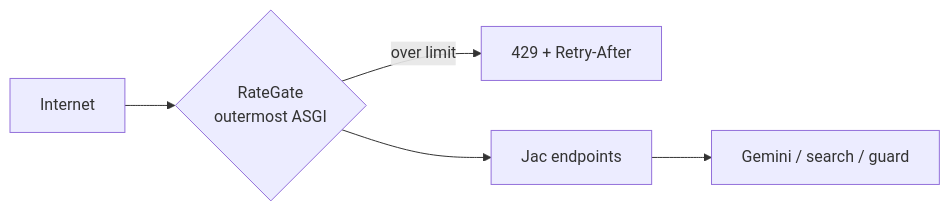
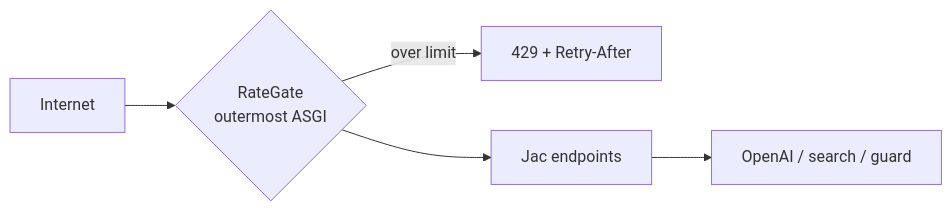
Before and after one commit to aharalam/latch-browse: the fifth of 6 diagrams in README.md, drawn with Mermaid. The commit also changed other lines of this file and 20 other files, not shown here.

````diff
--- a/README.md
+++ b/README.md
@@ -97,6 +97,6 @@
 ```mermaid
 flowchart LR
   I[Internet] --> G{RateGate\noutermost ASGI}
   G -- over limit --> R[429 + Retry-After]
-  G --> J[Jac endpoints] --> E[Gemini / search / guard]
+  G --> J[Jac endpoints] --> E[OpenAI / search / guard]
 ```
````
